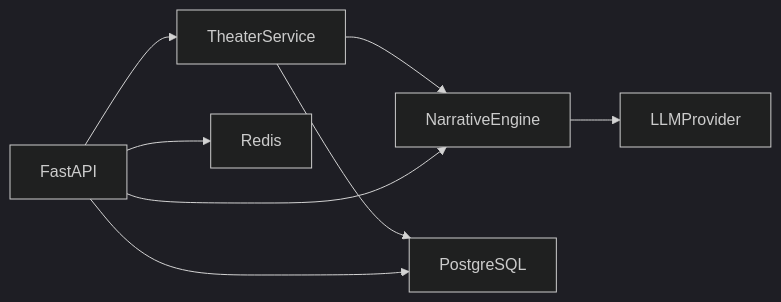
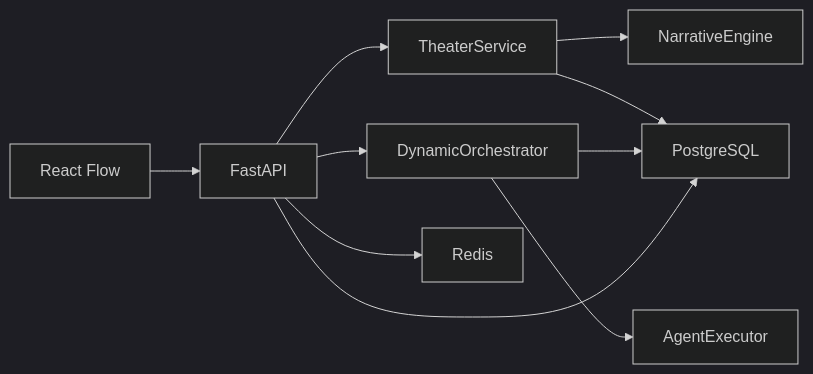
One commit to KunLabAI/KunFlix changed the ninth of 9 diagrams in .qoder/repowiki/zh/content/项目概述/系统简介与核心特性.md. Above: the diagram before and after it, drawn with Mermaid (dark theme). The commit also changed other lines of this file and 88 other files, not shown here.

````diff
--- a/.qoder/repowiki/zh/content/项目概述/系统简介与核心特性.md
+++ b/.qoder/repowiki/zh/content/项目概述/系统简介与核心特性.md
@@ -462,10 +497,12 @@
 ```mermaid
 graph LR
-GS["TheaterService"] --> NE["NarrativeEngine"]
-NE --> AP["LLMProvider"]
-GS --> DB["PostgreSQL"]
-API["FastAPI"] --> GS
-API --> NE
+TS["TheaterService"] --> NE["NarrativeEngine"]
+ORCH["DynamicOrchestrator"] --> AE["AgentExecutor"]
+TS --> DB["PostgreSQL"]
+ORCH --> DB
+API["FastAPI"] --> TS
+API --> ORCH
 API --> DB
 API --> REDIS["Redis"]
+RF["React Flow"] --> API
 ```
````
